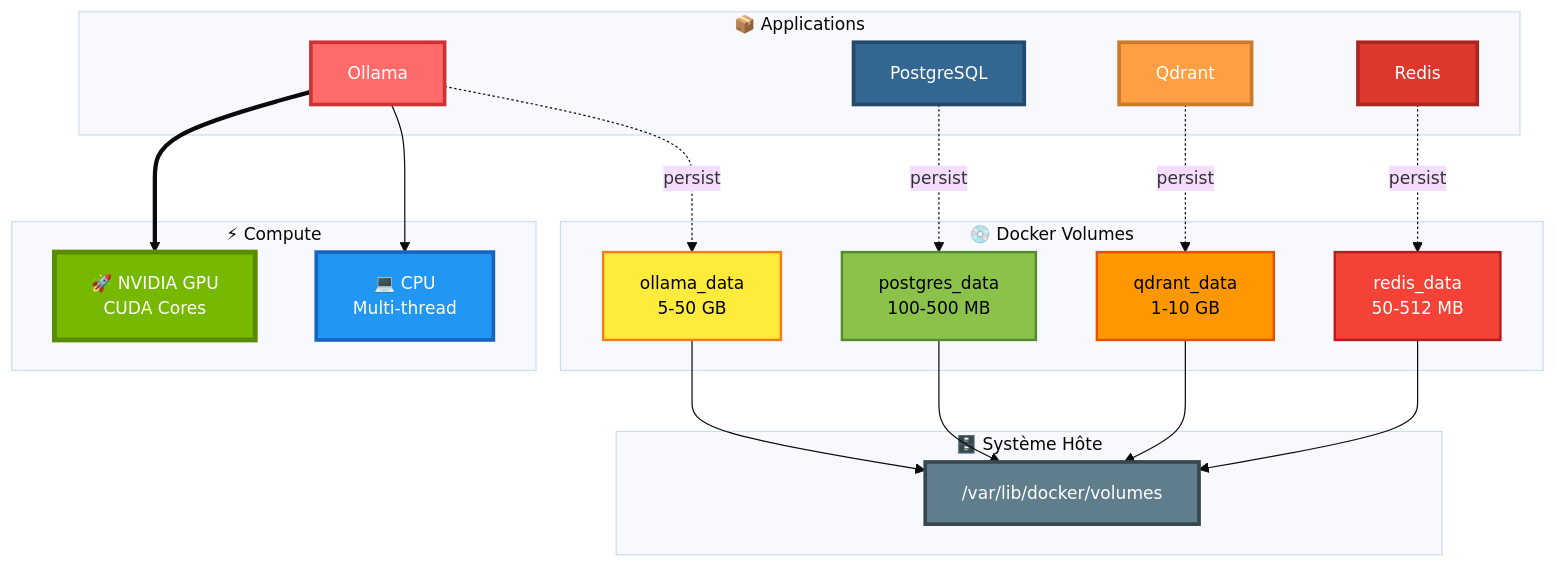
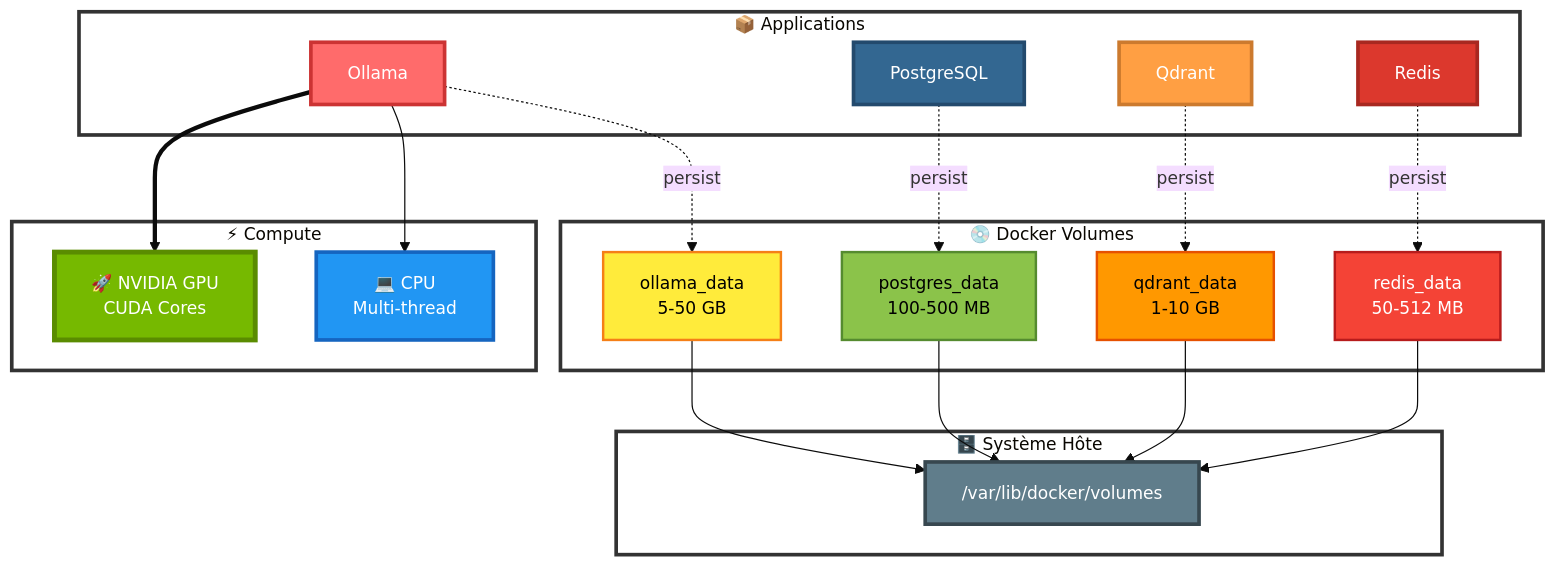
Before and after one commit to MPFabio/Stack-IA: diagram 13 of 14 in docs/ARCHITECTURE.md, drawn with Mermaid. The commit also changed other lines of this file, not shown here.

````diff
--- a/docs/ARCHITECTURE.md
+++ b/docs/ARCHITECTURE.md
@@ -839,51 +851,55 @@
 ```mermaid
 %%{init: {'theme':'base', 'themeVariables': { 'fontSize':'14px'}}}%%
 graph TB
     subgraph COMPUTE["⚡ Compute"]
         GPU["🚀 NVIDIA GPU<br/>CUDA Cores"]
         CPU["💻 CPU<br/>Multi-thread"]
     end
     
     subgraph APPS["📦 Applications"]
         OLLAMA["Ollama"]
         POSTGRES["PostgreSQL"]
         QDRANT["Qdrant"]
         REDIS["Redis"]
     end
     
     subgraph STORAGE["💿 Docker Volumes"]
         VOL1["ollama_data<br/>5-50 GB"]
         VOL2["postgres_data<br/>100-500 MB"]
         VOL3["qdrant_data<br/>1-10 GB"]
         VOL4["redis_data<br/>50-512 MB"]
     end
     
     subgraph DISK["🗄️ Système Hôte"]
         PHYSICAL["/var/lib/docker/volumes"]
     end
     
     OLLAMA ==> GPU
     OLLAMA --> CPU
     
     OLLAMA -.persist.-> VOL1
     POSTGRES -.persist.-> VOL2
     QDRANT -.persist.-> VOL3
     REDIS -.persist.-> VOL4
     
     VOL1 --> PHYSICAL
     VOL2 --> PHYSICAL
     VOL3 --> PHYSICAL
     VOL4 --> PHYSICAL
     
     style GPU fill:#76b900,stroke:#5a8c00,stroke-width:4px,color:#fff
     style CPU fill:#2196F3,stroke:#1565c0,stroke-width:3px,color:#fff
     style OLLAMA fill:#ff6b6b,stroke:#cc3333,stroke-width:3px,color:#fff
     style POSTGRES fill:#336791,stroke:#234a6d,stroke-width:3px,color:#fff
     style QDRANT fill:#ff9f43,stroke:#cc7a2e,stroke-width:3px,color:#fff
     style REDIS fill:#dc382d,stroke:#a82820,stroke-width:3px,color:#fff
     style VOL1 fill:#ffeb3b,stroke:#f57f17,stroke-width:2px,color:#000
     style VOL2 fill:#8bc34a,stroke:#558b2f,stroke-width:2px,color:#000
     style VOL3 fill:#ff9800,stroke:#e65100,stroke-width:2px,color:#000
     style VOL4 fill:#f44336,stroke:#b71c1c,stroke-width:2px,color:#fff
     style PHYSICAL fill:#607D8B,stroke:#37474f,stroke-width:3px,color:#fff
+    style COMPUTE fill:#ffffff,stroke:#333,stroke-width:3px
+    style APPS fill:#ffffff,stroke:#333,stroke-width:3px
+    style STORAGE fill:#ffffff,stroke:#333,stroke-width:3px
+    style DISK fill:#ffffff,stroke:#333,stroke-width:3px
 ```
````
